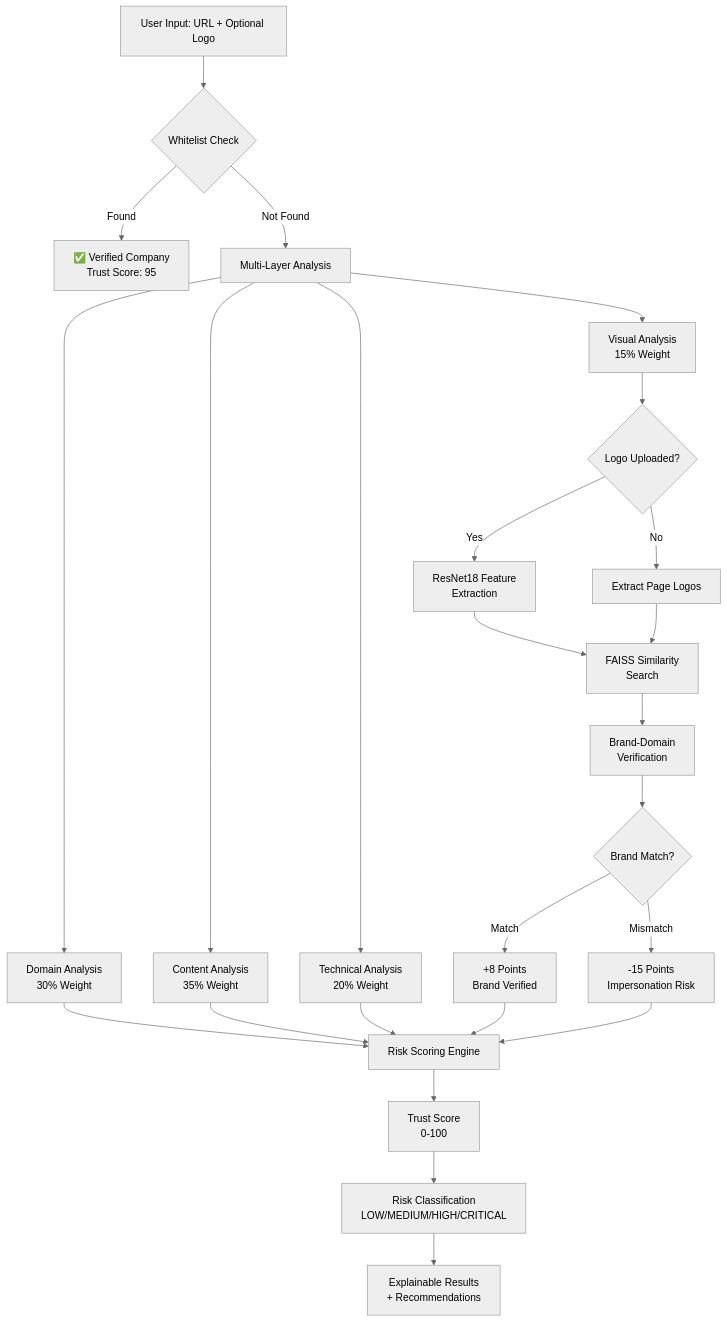
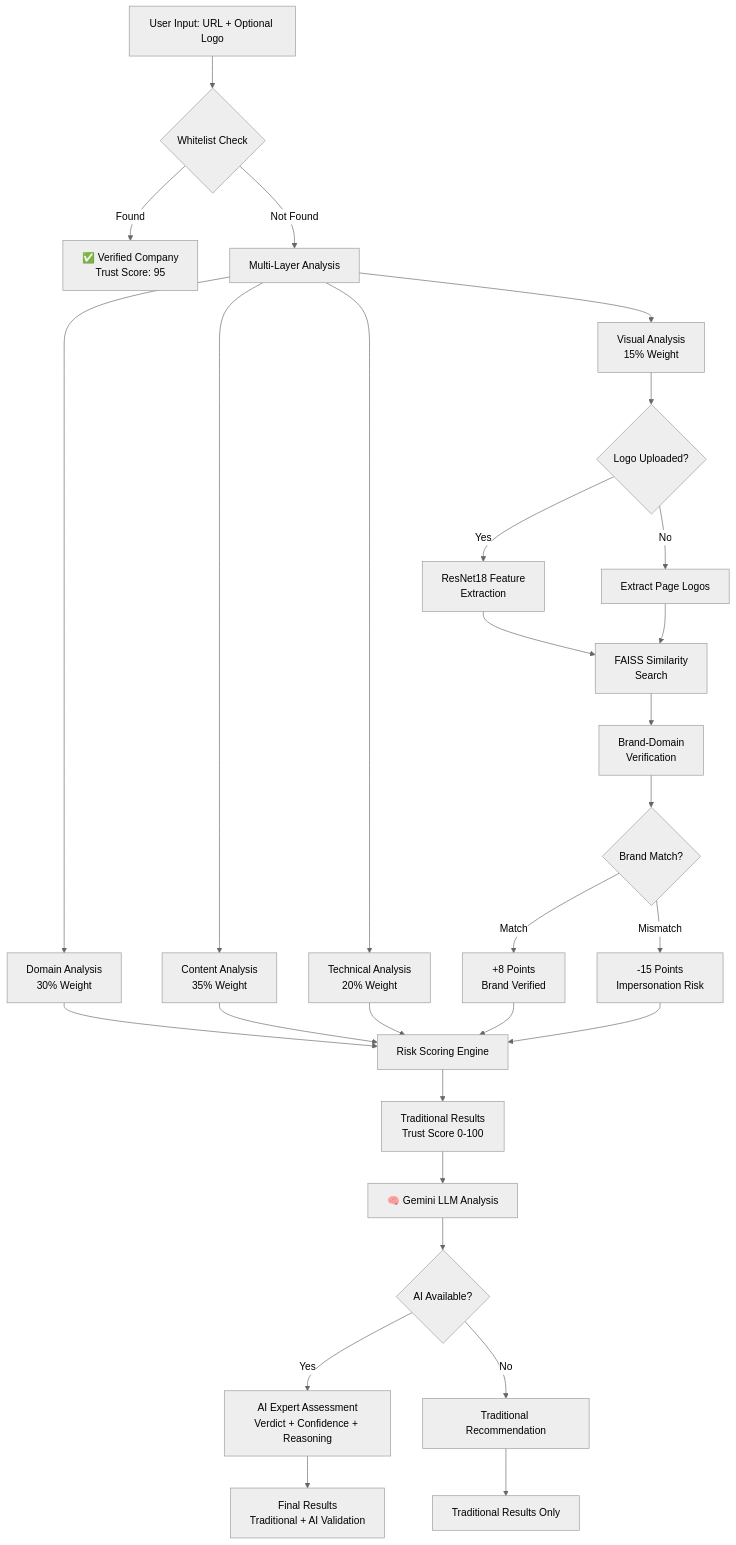
One commit to ronitsalvi/cipherpol-phishing-detection changed the first of 2 diagrams in DOCUMENTATION/PRESENTATION_GUIDE.md. Above: the diagram before and after it, drawn with Mermaid (neutral theme). The commit also changed other lines of this file and 2 other files, not shown here.

First line of the commit message:
feat: Prioritize AI Expert Assessment with clean UI hierarchy

````diff
--- a/DOCUMENTATION/PRESENTATION_GUIDE.md
+++ b/DOCUMENTATION/PRESENTATION_GUIDE.md
@@ -18,33 +18,39 @@
 ```mermaid
 graph TD
     A[User Input: URL + Optional Logo] --> B{Whitelist Check}
     B -->|Found| C[✅ Verified Company<br/>Trust Score: 95]
     B -->|Not Found| D[Multi-Layer Analysis]
     
     D --> E[Domain Analysis<br/>30% Weight]
     D --> F[Content Analysis<br/>35% Weight]
     D --> G[Technical Analysis<br/>20% Weight]
     D --> H[Visual Analysis<br/>15% Weight]
     
     H --> I{Logo Uploaded?}
     I -->|Yes| J[ResNet18 Feature<br/>Extraction]
     I -->|No| K[Extract Page Logos]
     
     J --> L[FAISS Similarity<br/>Search]
     K --> L
     
     L --> M[Brand-Domain<br/>Verification]
     M --> N{Brand Match?}
     N -->|Match| O[+8 Points<br/>Brand Verified]
     N -->|Mismatch| P[-15 Points<br/>Impersonation Risk]
     
     E --> Q[Risk Scoring Engine]
     F --> Q
     G --> Q
     O --> Q
     P --> Q
     
-    Q --> R[Trust Score<br/>0-100]
-    R --> S[Risk Classification<br/>LOW/MEDIUM/HIGH/CRITICAL]
-    S --> T[Explainable Results<br/>+ Recommendations]
+    Q --> R[Traditional Results<br/>Trust Score 0-100]
+    R --> S[🧠 Gemini LLM Analysis]
+    
+    S --> T{AI Available?}
+    T -->|Yes| U[AI Expert Assessment<br/>Verdict + Confidence + Reasoning]
+    T -->|No| V[Traditional Recommendation]
+    
+    U --> W[Final Results<br/>Traditional + AI Validation]
+    V --> X[Traditional Results Only]
 ```
````
